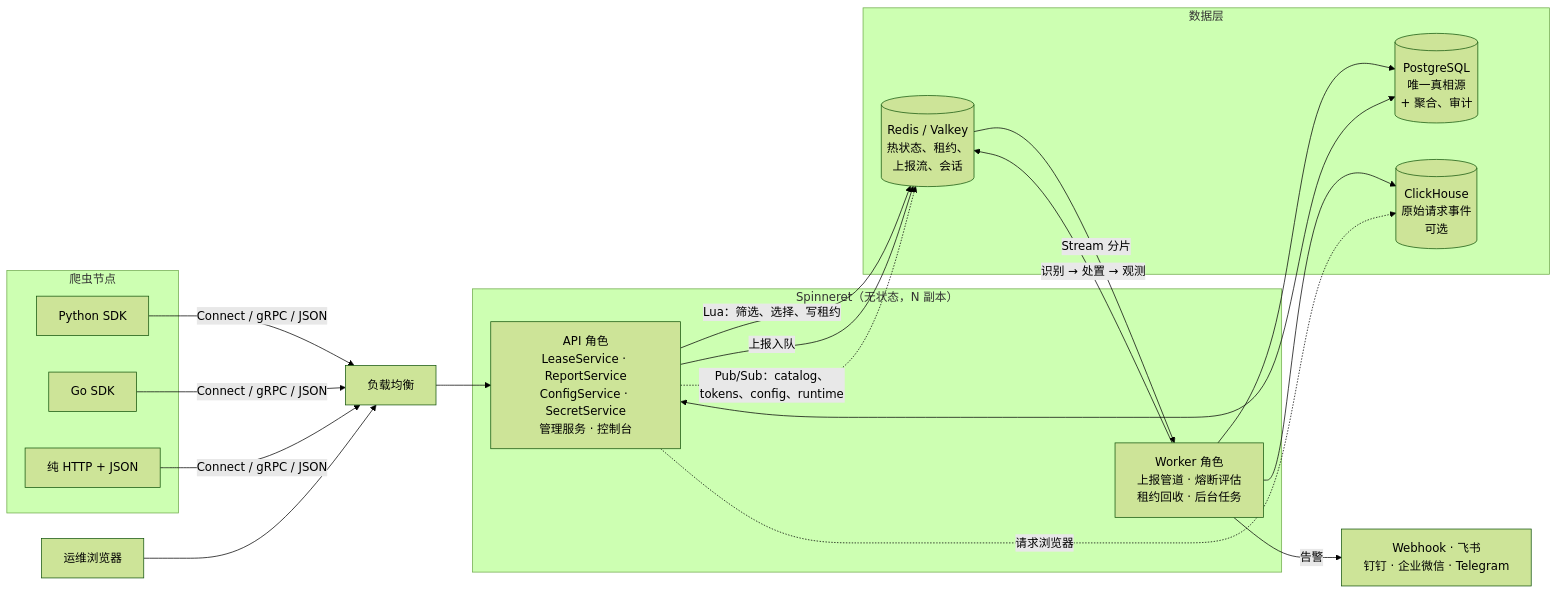
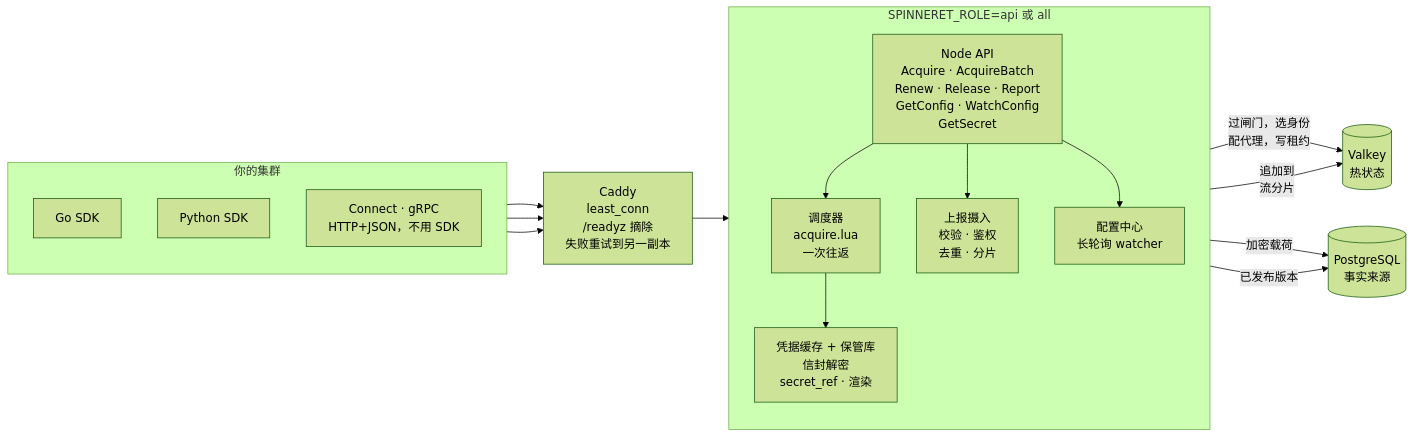
One commit to TikHub/Spinneret changed the first of 12 diagrams in README.zh-CN.md. Above: the diagram before and after it, drawn with Mermaid (forest theme). The commit also changed other lines of this file and 9 other files, not shown here.

````diff
--- a/README.zh-CN.md
+++ b/README.zh-CN.md
@@ -71,33 +124,36 @@
 ```mermaid
 flowchart LR
-    subgraph nodes["爬虫节点"]
-        PY["Python SDK"]
-        GO["Go SDK"]
-        HTTP["纯 HTTP + JSON"]
+    subgraph FLEET["你的集群"]
+        direction TB
+        SDKGO["Go SDK"]
+        SDKPY["Python SDK"]
+        RAW["Connect · gRPC<br/>HTTP+JSON，不用 SDK"]
     end
 
-    subgraph plane["Spinneret（无状态，N 副本）"]
-        API["API 角色<br/>LeaseService · ReportService<br/>ConfigService · SecretService<br/>管理服务 · 控制台"]
-        WRK["Worker 角色<br/>上报管道 · 熔断评估<br/>租约回收 · 后台任务"]
+    LB["Caddy<br/>least_conn<br/>/readyz 摘除<br/>失败重试到另一副本"]
+
+    subgraph APIROLE["SPINNERET_ROLE=api 或 all"]
+        direction TB
+        NODEAPI["Node API<br/>Acquire · AcquireBatch<br/>Renew · Release · Report<br/>GetConfig · WatchConfig<br/>GetSecret"]
+        SCHED["调度器<br/>acquire.lua<br/>一次往返"]
+        CRED["凭据缓存 + 保管库<br/>信封解密<br/>secret_ref · 渲染"]
+        INGEST["上报摄入<br/>校验 · 鉴权<br/>去重 · 分片"]
+        CFGC["配置中心<br/>长轮询 watcher"]
     end
 
-    subgraph data["数据层"]
-        RD[("Redis / Valkey<br/>热状态、租约、<br/>上报流、会话")]
-        PG[("PostgreSQL<br/>唯一真相源<br/>+ 聚合、审计")]
-        CH[("ClickHouse<br/>原始请求事件<br/>可选")]
-    end
+    RD[("Valkey<br/>热状态")]
+    PG[("PostgreSQL<br/>事实来源")]
 
-    PY & GO & HTTP -->|Connect / gRPC / JSON| LB["负载均衡"]
-    LB --> API
-    API -->|"Lua：筛选、选择、写租约"| RD
-    API -->|"上报入队"| RD
-    RD -->|"Stream 分片"| WRK
-    WRK -->|"识别 → 处置 → 观测"| RD
-    WRK --> PG
-    WRK --> CH
-    API <--> PG
-    API -.->|"请求浏览器"| CH
-    API -.->|"Pub/Sub：catalog、tokens、config、runtime"| RD
-    WRK -->|告警| NOTIFY["Webhook · 飞书<br/>钉钉 · 企业微信 · Telegram"]
-    BROWSER["运维浏览器"] --> LB
+    SDKGO --> LB
+    SDKPY --> LB
+    RAW --> LB
+    LB --> NODEAPI
+    NODEAPI --> SCHED
+    NODEAPI --> INGEST
+    NODEAPI --> CFGC
+    SCHED -->|"过闸门，选身份<br/>配代理，写租约"| RD
+    SCHED --> CRED
+    INGEST -->|"追加到<br/>流分片"| RD
+    CRED -->|"加密载荷"| PG
+    CFGC -->|"已发布版本"| PG
 ```
````
